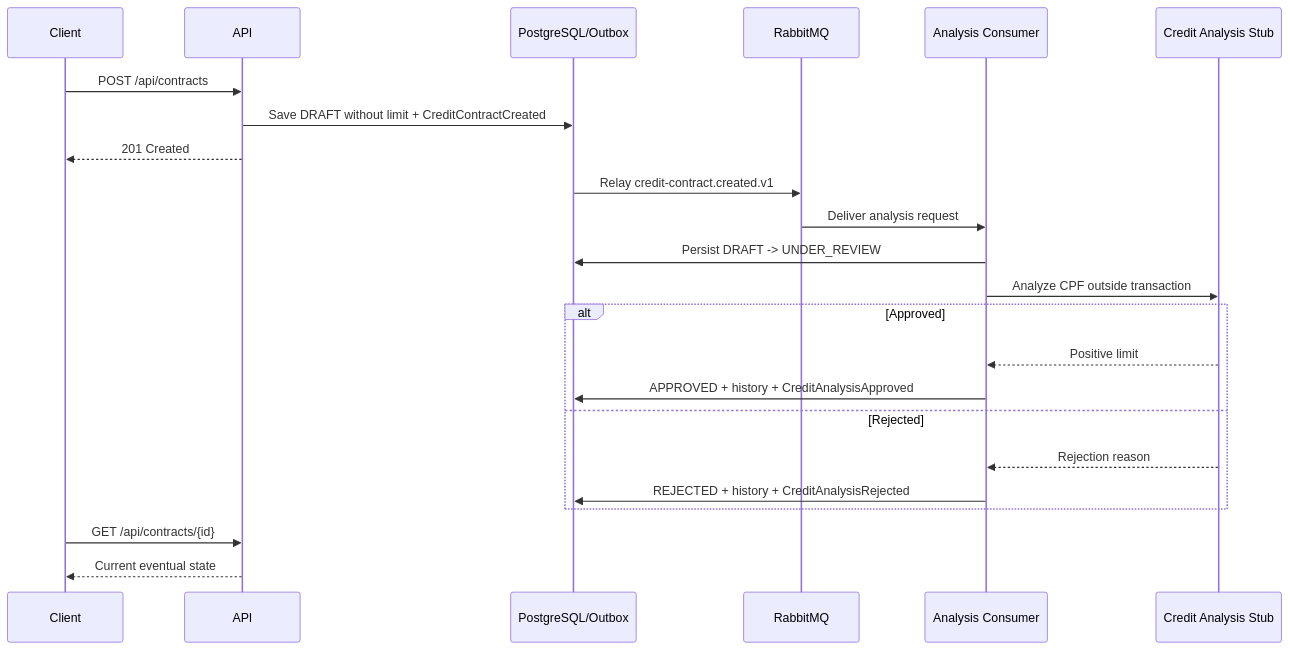
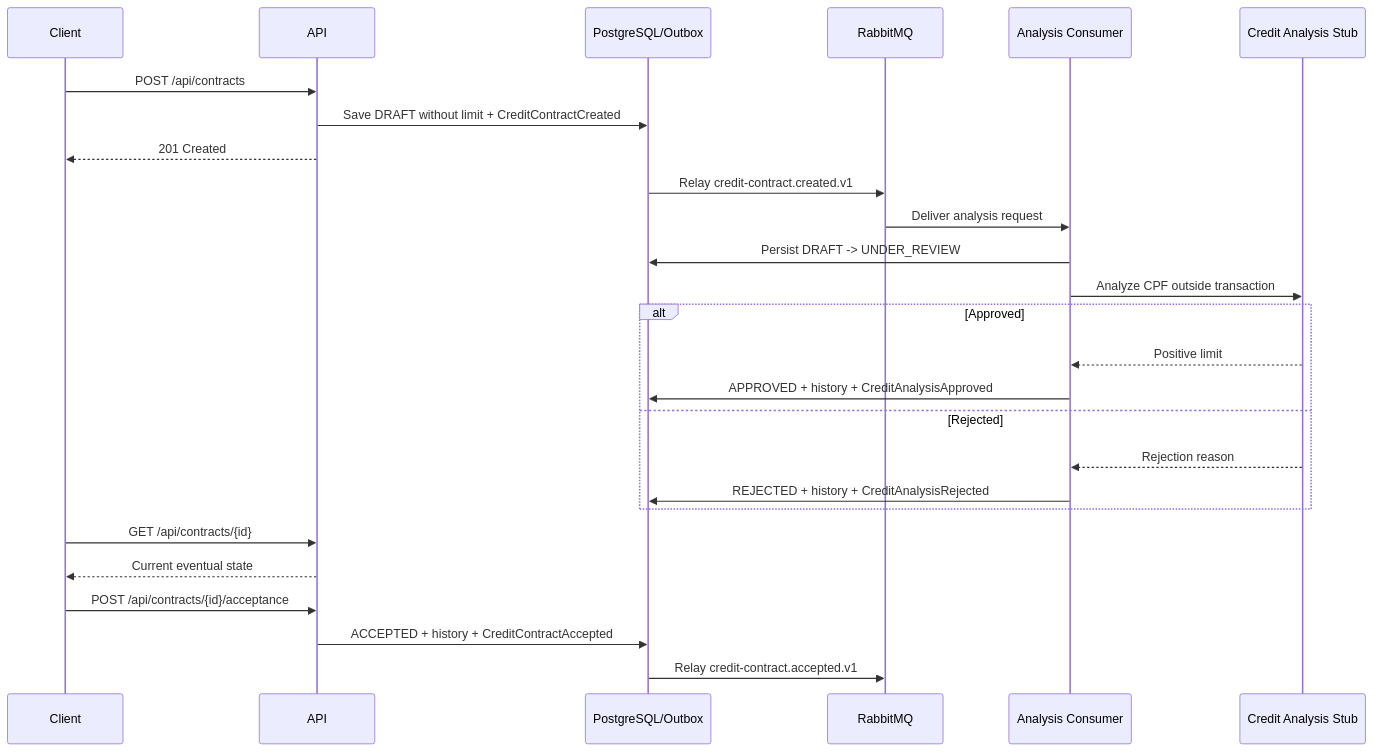
One commit to tmcly/credit-contract-manager changed the fifth of 8 diagrams in docs/architecture/overview.md. Above: the diagram before and after it, drawn with Mermaid. The commit also changed other lines of this file and 20 other files, not shown here.

Commit message:
feat: add explicit contract acceptance

````diff
--- a/docs/architecture/overview.md
+++ b/docs/architecture/overview.md
@@ -169,26 +173,29 @@
 ```mermaid
 sequenceDiagram
     participant Client
     participant API
     participant DB as PostgreSQL/Outbox
     participant MQ as RabbitMQ
     participant Worker as Analysis Consumer
     participant Engine as Credit Analysis Stub
 
     Client->>API: POST /api/contracts
     API->>DB: Save DRAFT without limit + CreditContractCreated
     API-->>Client: 201 Created
     DB->>MQ: Relay credit-contract.created.v1
     MQ->>Worker: Deliver analysis request
     Worker->>DB: Persist DRAFT -> UNDER_REVIEW
     Worker->>Engine: Analyze CPF outside transaction
     alt Approved
         Engine-->>Worker: Positive limit
         Worker->>DB: APPROVED + history + CreditAnalysisApproved
     else Rejected
         Engine-->>Worker: Rejection reason
         Worker->>DB: REJECTED + history + CreditAnalysisRejected
     end
     Client->>API: GET /api/contracts/{id}
     API-->>Client: Current eventual state
+    Client->>API: POST /api/contracts/{id}/acceptance
+    API->>DB: ACCEPTED + history + CreditContractAccepted
+    DB->>MQ: Relay credit-contract.accepted.v1
 ```
````
